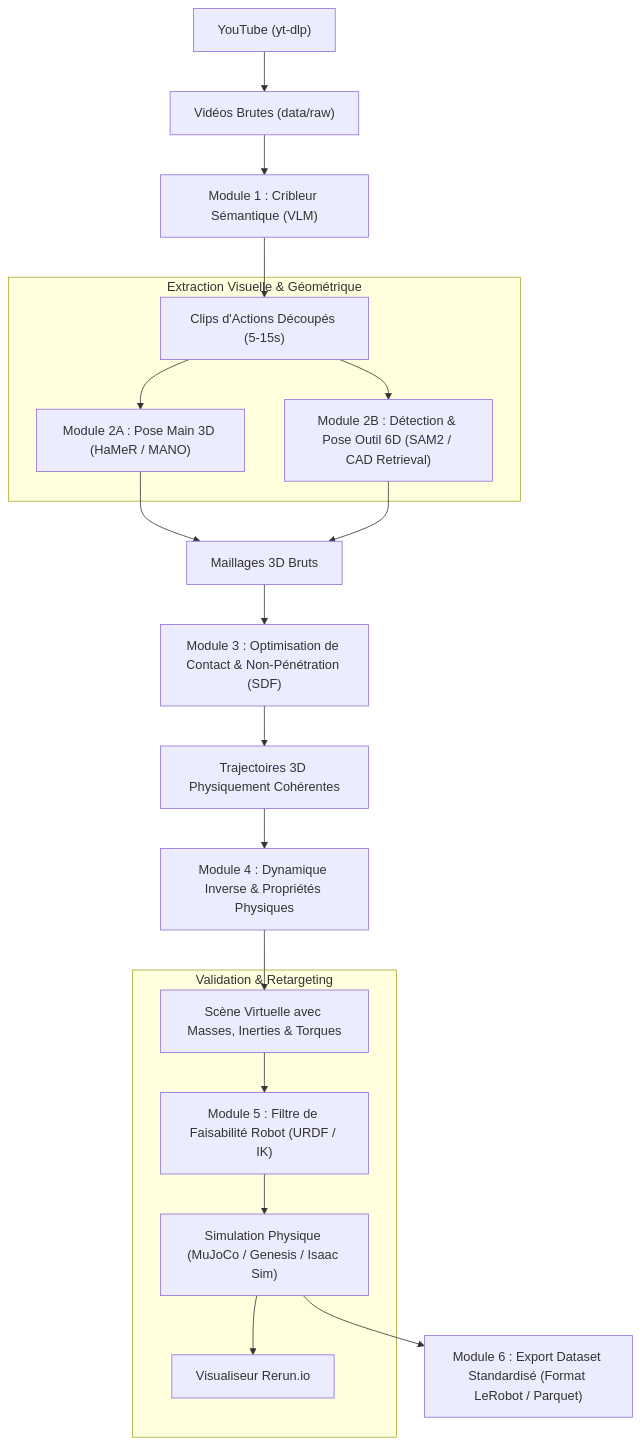
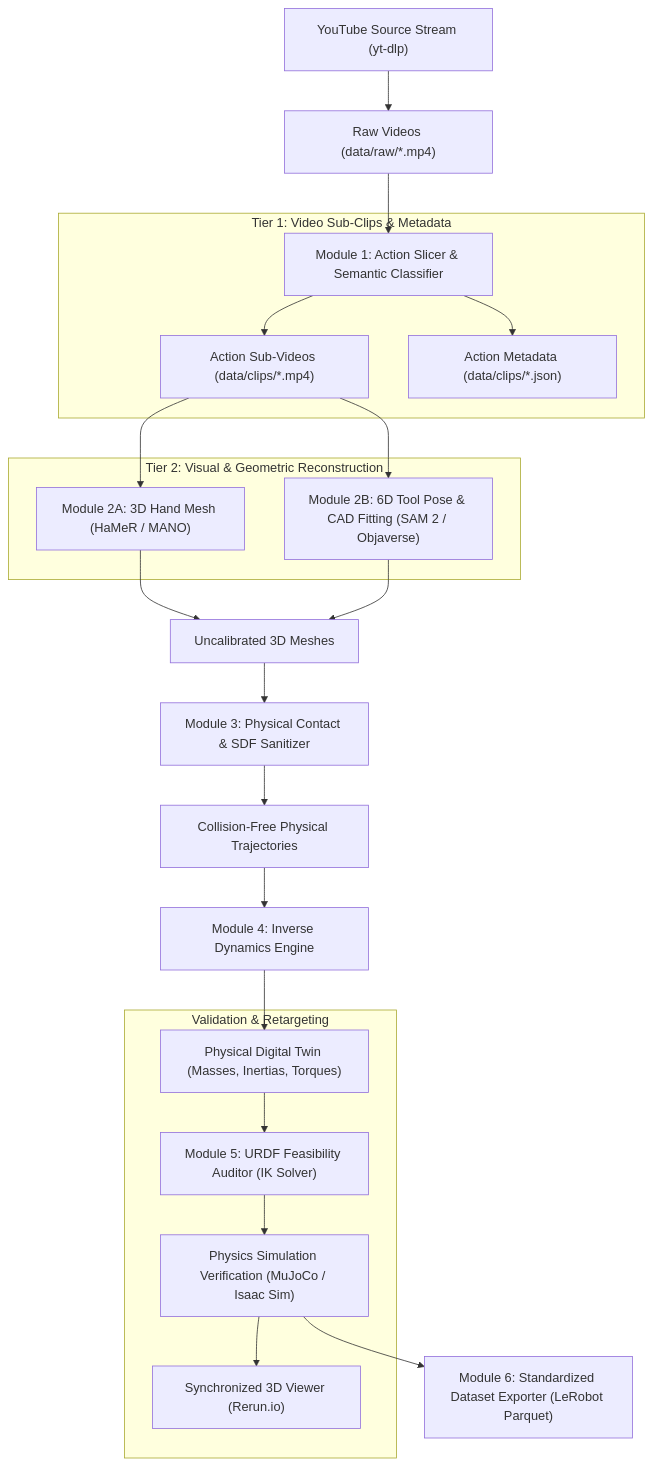
Before and after one commit to silveremartin-dev/Praxis: the diagram in doc/architecture.md, drawn with Mermaid. The commit also changed other lines of this file and 8 other files, not shown here.

Commit message:
docs: formalisation AGENTS.md racine, bascule doc 100% anglais, renommage sous-agents et module slicer de sous-videos

````diff
--- a/doc/architecture.md
+++ b/doc/architecture.md
@@ -5,28 +5,32 @@
 ```mermaid
 flowchart TD
-    YT["YouTube (yt-dlp)"] --> RawVideo["Vidéos Brutes (data/raw)"]
-    RawVideo --> Stage1["Module 1 : Cribleur Sémantique (VLM)"]
-    Stage1 --> Segments["Clips d'Actions Découpés (5-15s)"]
+    YT["YouTube Source Stream (yt-dlp)"] --> RawVideo["Raw Videos (data/raw/*.mp4)"]
+    RawVideo --> Stage1["Module 1: Action Slicer & Semantic Classifier"]
     
-    subgraph "Extraction Visuelle & Géométrique"
-        Segments --> HandEstimator["Module 2A : Pose Main 3D (HaMeR / MANO)"]
-        Segments --> ObjectEstimator["Module 2B : Détection & Pose Outil 6D (SAM2 / CAD Retrieval)"]
+    subgraph "Tier 1: Video Sub-Clips & Metadata"
+        Stage1 --> SubClips["Action Sub-Videos (data/clips/*.mp4)"]
+        Stage1 --> MetadataJSON["Action Metadata (data/clips/*.json)"]
     end
     
-    HandEstimator --> RawMeshes["Maillages 3D Bruts"]
-    ObjectEstimator --> RawMeshes
+    subgraph "Tier 2: Visual & Geometric Reconstruction"
+        SubClips --> HandMesh["Module 2A: 3D Hand Mesh (HaMeR / MANO)"]
+        SubClips --> ToolCAD["Module 2B: 6D Tool Pose & CAD Fitting (SAM 2 / Objaverse)"]
+    end
     
-    RawMeshes --> Stage3["Module 3 : Optimisation de Contact & Non-Pénétration (SDF)"]
-    Stage3 --> CleanPhysics["Trajectoires 3D Physiquement Cohérentes"]
+    HandMesh --> RawScene["Uncalibrated 3D Meshes"]
+    ToolCAD --> RawScene
     
-    CleanPhysics --> Stage4["Module 4 : Dynamique Inverse & Propriétés Physiques"]
-    Stage4 --> StateScene["Scène Virtuelle avec Masses, Inerties & Torques"]
+    RawScene --> Stage3["Module 3: Physical Contact & SDF Sanitizer"]
+    Stage3 --> CleanTraj["Collision-Free Physical Trajectories"]
+    
+    CleanTraj --> Stage4["Module 4: Inverse Dynamics Engine"]
+    Stage4 --> PhysicalTwin["Physical Digital Twin (Masses, Inertias, Torques)"]
     
     subgraph "Validation & Retargeting"
-        StateScene --> Stage5["Module 5 : Filtre de Faisabilité Robot (URDF / IK)"]
-        Stage5 --> Simulation["Simulation Physique (MuJoCo / Genesis / Isaac Sim)"]
-        Simulation --> Rerun["Visualiseur Rerun.io"]
+        PhysicalTwin --> Stage5["Module 5: URDF Feasibility Auditor (IK Solver)"]
+        Stage5 --> MuJoCoSim["Physics Simulation Verification (MuJoCo / Isaac Sim)"]
+        MuJoCoSim --> RerunViz["Synchronized 3D Viewer (Rerun.io)"]
     end
     
-    Simulation --> Export["Module 6 : Export Dataset Standardisé (Format LeRobot / Parquet)"]
+    MuJoCoSim --> Stage6["Module 6: Standardized Dataset Exporter (LeRobot Parquet)"]
 ```
````
